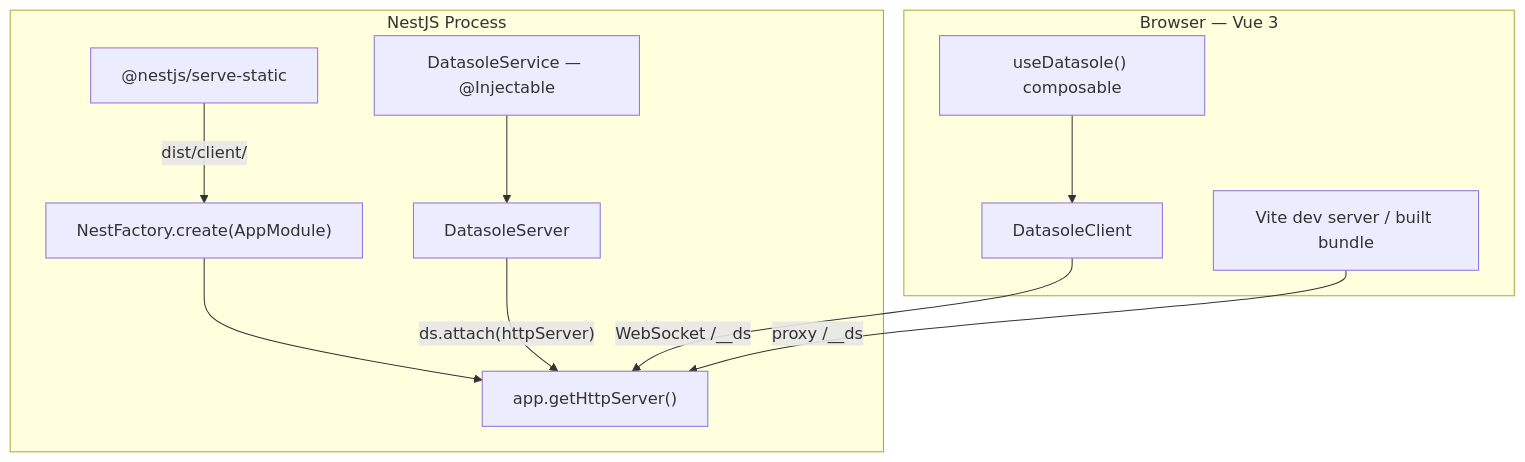
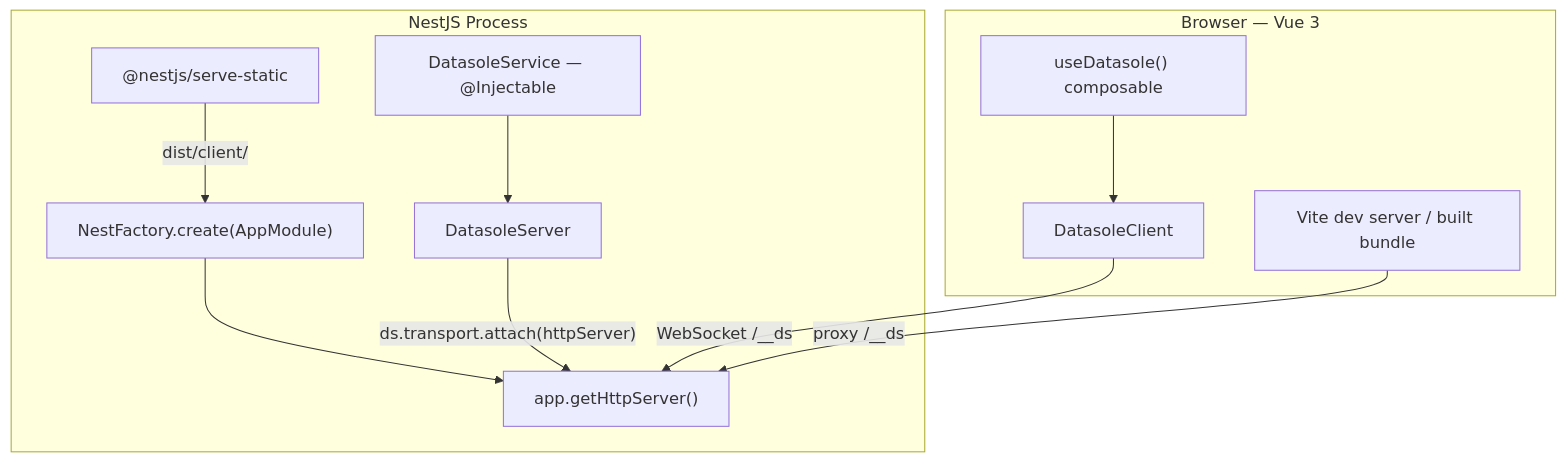
Before and after one commit to mayanklahiri/datasole: the fourth of 4 diagrams in docs/demos.md, drawn with Mermaid. The commit also changed other lines of this file and 45 other files, not shown here.

````diff
--- a/docs/demos.md
+++ b/docs/demos.md
@@ -351,22 +351,22 @@
 ```mermaid
 flowchart TB
   subgraph nestServer [NestJS Process]
     nestApp["NestFactory.create(AppModule)"]
     httpNode["app.getHttpServer()"]
     dsService["DatasoleService — @Injectable"]
     dsServer["DatasoleServer"]
     serveStatic["@nestjs/serve-static"]
     nestApp --> httpNode
     dsService --> dsServer
-    dsServer -->|"ds.attach(httpServer)"| httpNode
+    dsServer -->|"ds.transport.attach(httpServer)"| httpNode
     serveStatic -->|"dist/client/"| nestApp
   end
   subgraph vueBrowser [Browser — Vue 3]
     vite["Vite dev server / built bundle"]
     composable["useDatasole() composable"]
     dsClient["DatasoleClient"]
     composable --> dsClient
     dsClient -->|"WebSocket /__ds"| httpNode
   end
   vite -->|"proxy /__ds"| httpNode
 ```
````
